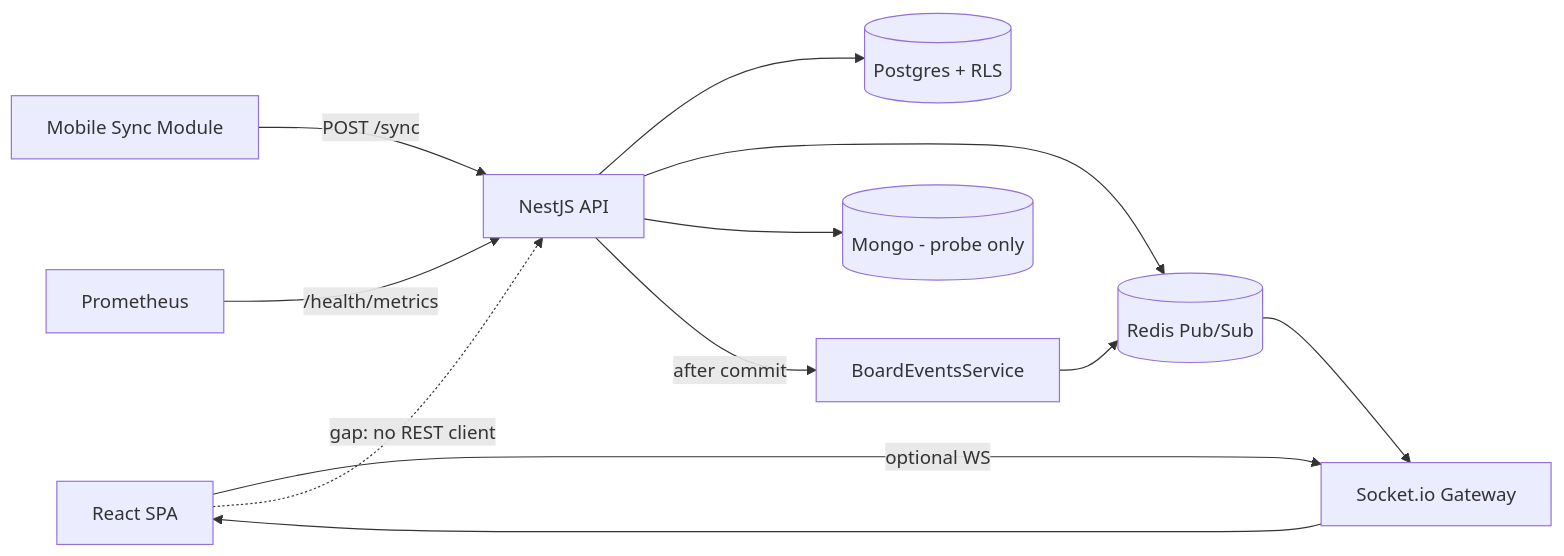
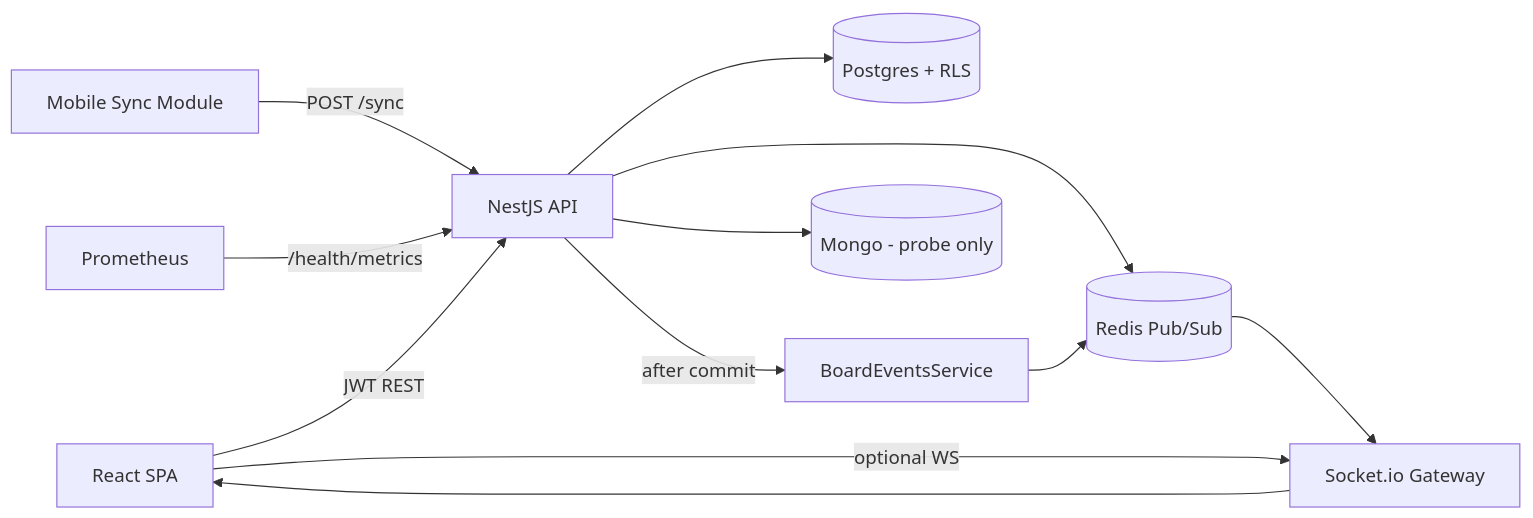
The diagram in .index/module-summaries/phase0-readiness.md (AN3S-CREATE/FlowLogix), drawn with Mermaid before and after one commit. The commit also changed other lines of this file and 33 other files, not shown here.

First line of the commit message:
Wire SPA to JWT REST and close needsResync with targeted board refetch.

````diff
--- a/.index/module-summaries/phase0-readiness.md
+++ b/.index/module-summaries/phase0-readiness.md
@@ -35,14 +35,14 @@
 ```mermaid
 flowchart LR
-  SPA[React SPA] -->|optional WS| GW[Socket.io Gateway]
-  SPA -.->|gap: no REST client| API[NestJS API]
+  SPA[React SPA] -->|JWT REST| API[NestJS API]
+  SPA -->|optional WS| GW[Socket.io Gateway]
   Mobile[Mobile Sync Module] -->|POST /sync| API
   API --> PG[(Postgres + RLS)]
   API --> Redis[(Redis Pub/Sub)]
   API --> Mongo[(Mongo - probe only)]
   API -->|after commit| Events[BoardEventsService]
   Events --> Redis
   Redis --> GW
   GW --> SPA
   Prom[Prometheus] -->|/health/metrics| API
 ```
````
